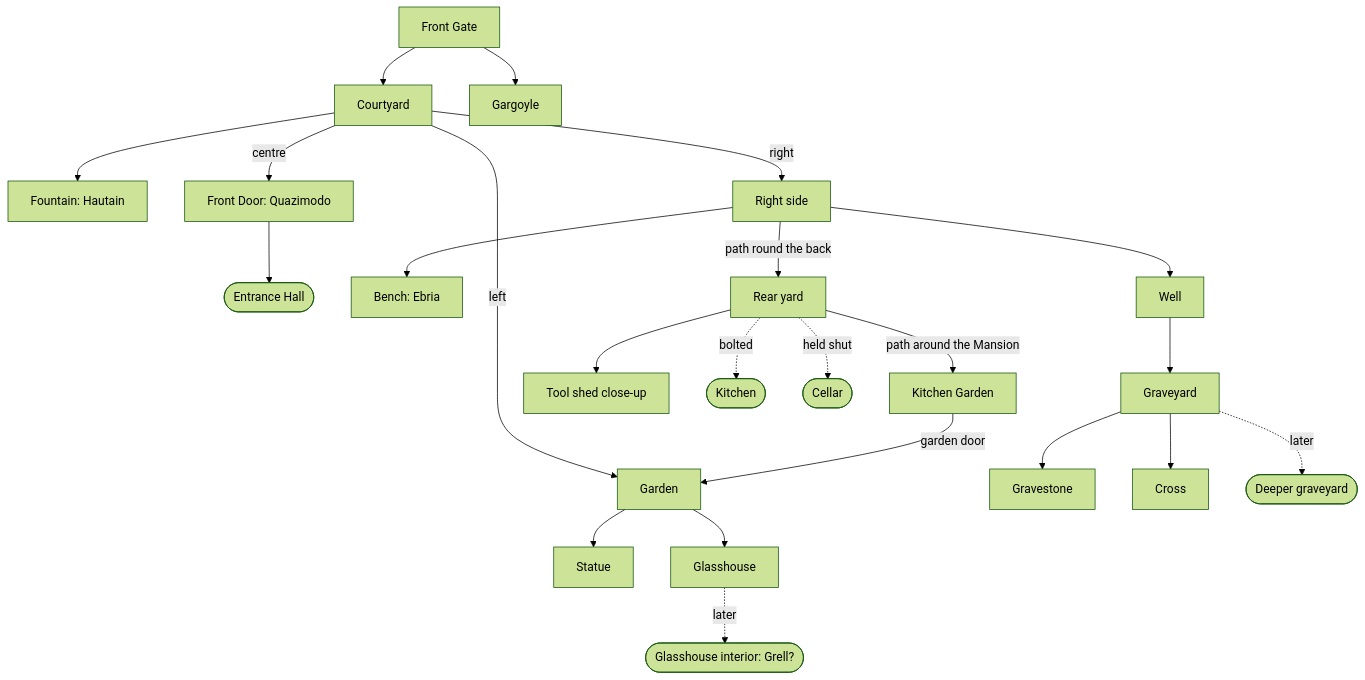
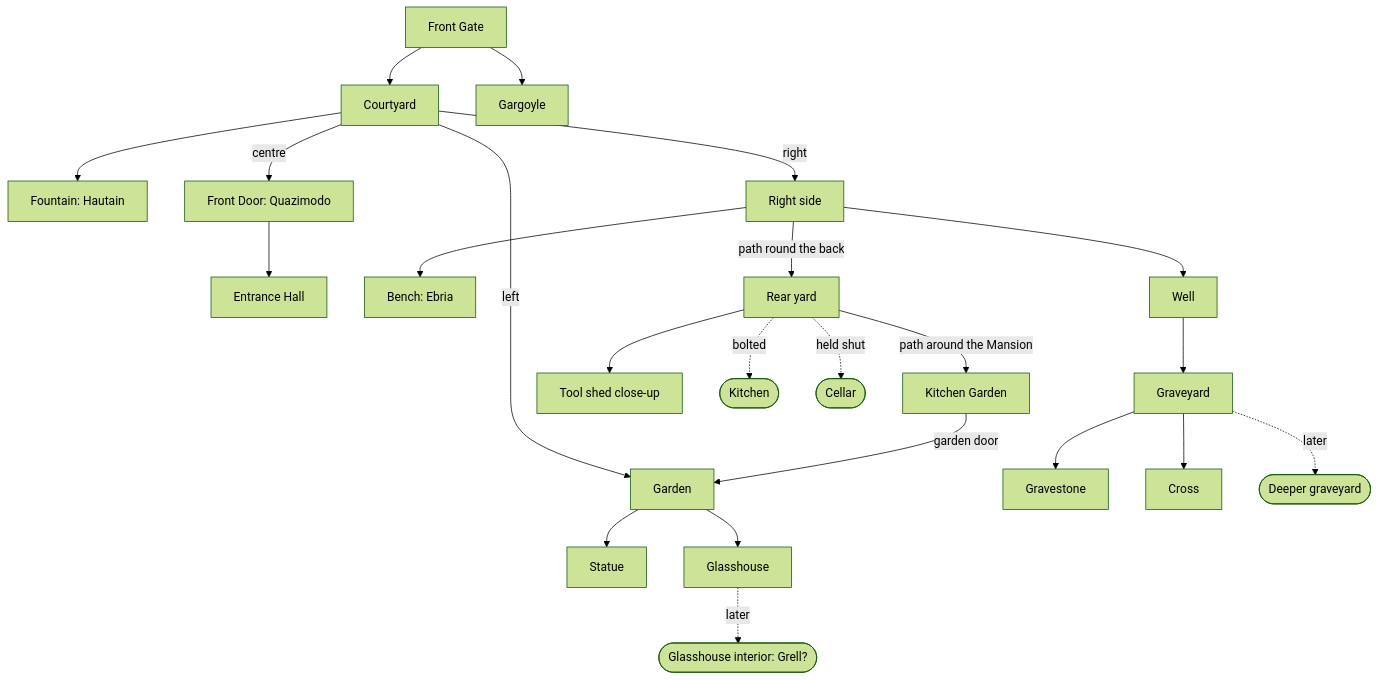
Before and after one commit to jamesmcmahondk-oss/The-Mansion: the diagram in PUZZLES.md, drawn with Mermaid (forest theme). The commit also changed other lines of this file and 6 other files, not shown here.

First line of the commit message:
Entrance Hall scene

````diff
--- a/PUZZLES.md
+++ b/PUZZLES.md
@@ -25,17 +25,17 @@
 ```mermaid
 flowchart TD
     GATE[Front Gate] --> COURT[Courtyard]
     GATE --> GARG[Gargoyle]
     COURT --> FOUNT[Fountain: Hautain]
-    COURT -->|centre| DOOR[Front Door: Quazimodo] --> HALL([Entrance Hall])
+    COURT -->|centre| DOOR[Front Door: Quazimodo] --> HALL[Entrance Hall]
     COURT -->|left| GARDEN[Garden] --> STATUE[Statue] & GLASS[Glasshouse]
     GLASS -.later.-> GLASSIN([Glasshouse interior: Grell?])
     COURT -->|right| RIGHT[Right side] --> BENCH[Bench: Ebria] & WELL[Well]
     WELL --> GRAVE[Graveyard] --> STONE[Gravestone] & CROSS[Cross]
     GRAVE -.later.-> DEEP([Deeper graveyard])
     RIGHT -->|path round the back| REAR[Rear yard]
     REAR --> SHED[Tool shed close-up]
     REAR -.bolted.-> KITCHEN([Kitchen])
     REAR -.held shut.-> CELLAR([Cellar])
     REAR -->|path around the Mansion| KGARDEN[Kitchen Garden] -->|garden door| GARDEN
 ```
````
